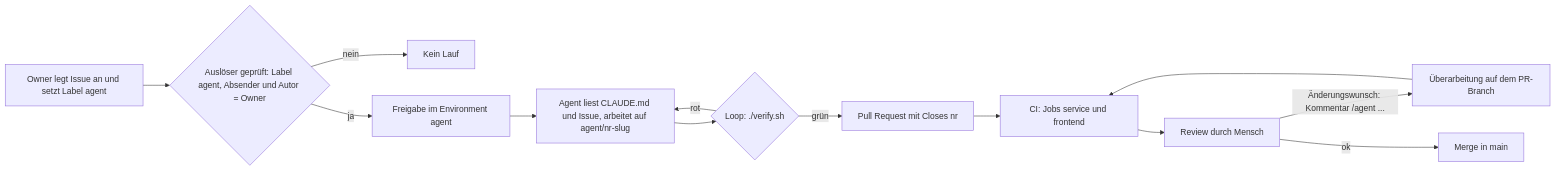
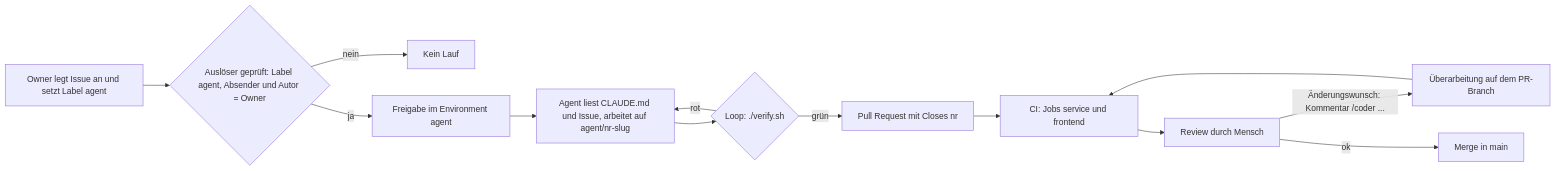
The second of 2 diagrams in docs/process.md (juheba/sw-factory-tryout), drawn with Mermaid before and after one commit. The commit also changed other lines of this file and 5 other files, not shown here.

First line of the commit message:
chore: Coder-Workflows umbenannt, Befehl /coder (mit /agent als Übergang) (#160)

````diff
--- a/docs/process.md
+++ b/docs/process.md
@@ -23,15 +23,15 @@
 ```mermaid
 flowchart LR
     O[Owner legt Issue an und setzt Label agent] --> T{Auslöser geprüft: Label agent, Absender und Autor = Owner}
     T -->|nein| X[Kein Lauf]
     T -->|ja| E[Freigabe im Environment agent]
     E --> A[Agent liest CLAUDE.md und Issue, arbeitet auf agent/nr-slug]
     A --> L{Loop: ./verify.sh}
     L -->|rot| A
     L -->|grün| PR[Pull Request mit Closes nr]
     PR --> CI[CI: Jobs service und frontend]
     CI --> R[Review durch Mensch]
-    R -->|Änderungswunsch: Kommentar /agent ...| RK[Überarbeitung auf dem PR-Branch]
+    R -->|Änderungswunsch: Kommentar /coder ...| RK[Überarbeitung auf dem PR-Branch]
     RK --> CI
     R -->|ok| M[Merge in main]
 ```
````
